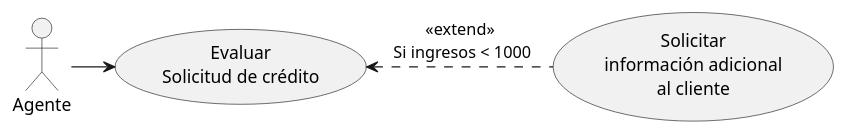
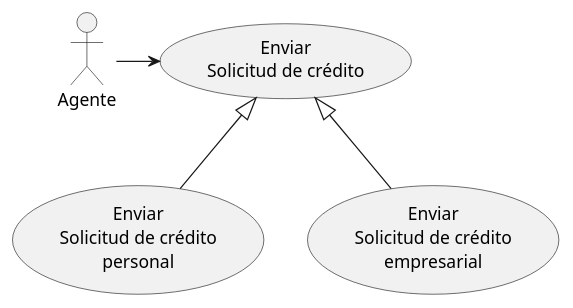
One commit to CorazaNegra/CasosDeUsos2 changed the diagram in CasosDeUsos2.puml. Above: the diagram before and after it, drawn with PlantUML.

Commit message:
ejemplo herencia

```diff
--- a/CasosDeUsos2.puml
+++ b/CasosDeUsos2.puml
@@ -1,11 +1,13 @@
 @startuml
 
 actor "Agente" as a
 
-usecase "Evaluar\nSolicitud de crédito" as UC1
-usecase "Solicitar\ninformación adicional\nal cliente" as UC2
+usecase "Enviar\nSolicitud de crédito" as UC1
+usecase "Enviar\nSolicitud de crédito\npersonal" as UC2
+usecase "Enviar\nSolicitud de crédito\nempresarial" as UC3
 
 a -right-> UC1
-UC1 <.right. UC2 : <<extend>>\n Si ingresos < 1000
+UC1 <|-- UC2
+UC1 <|-- UC3
 
 @enduml
```
